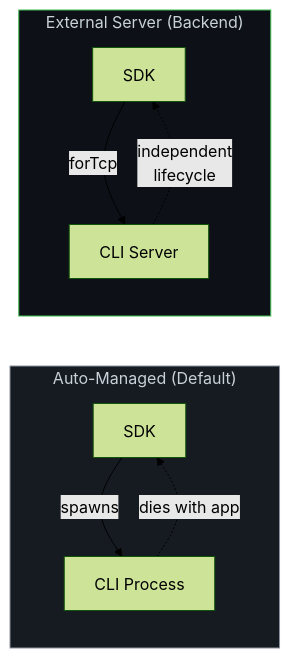
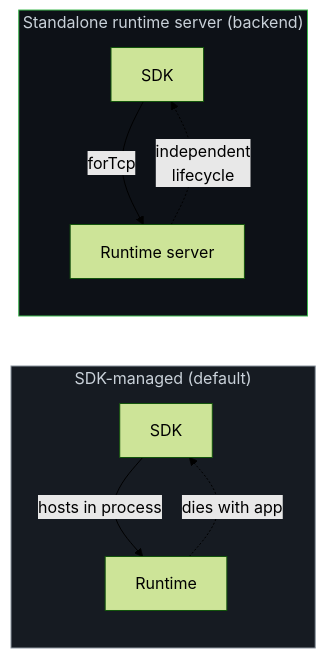
Before and after one commit to jeremiahjordanisaacson/copilot-sdk-supercharged: the second of 5 diagrams in docs/setup/backend-services.md, drawn with Mermaid (forest theme). The commit also changed other lines of this file and 35 other files, not shown here.

````diff
--- a/docs/setup/backend-services.md
+++ b/docs/setup/backend-services.md
@@ -44,15 +44,15 @@
 ```mermaid
 flowchart LR
-    subgraph Auto["Auto-Managed (Default)"]
-        A1["SDK"] -->|"spawns"| A2["CLI Process"]
+    subgraph Auto["SDK-managed (default)"]
+        A1["SDK"] -->|"hosts in process"| A2["Runtime"]
         A2 -.->|"dies with app"| A1
     end
 
-    subgraph External["External Server (Backend)"]
-        B1["SDK"] -->|"forTcp"| B2["CLI Server"]
+    subgraph External["Standalone runtime server (backend)"]
+        B1["SDK"] -->|"forTcp"| B2["Runtime server"]
         B2 -.->|"independent<br/>lifecycle"| B1
     end
 
     style Auto fill:#161b22,stroke:#8b949e,color:#c9d1d9
     style External fill:#0d1117,stroke:#3fb950,color:#c9d1d9
 ```
````
